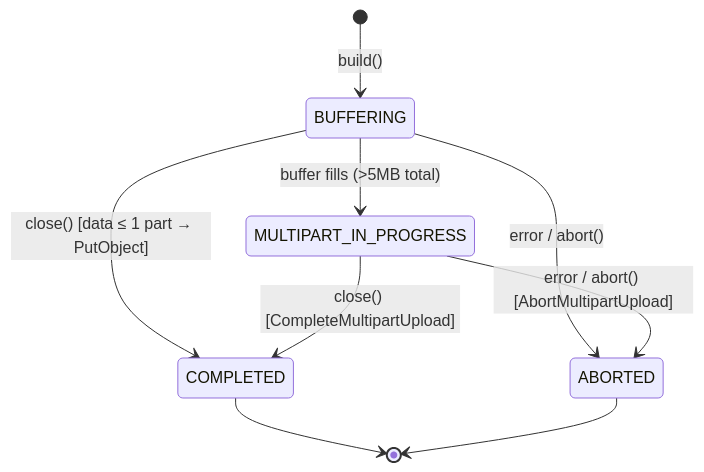
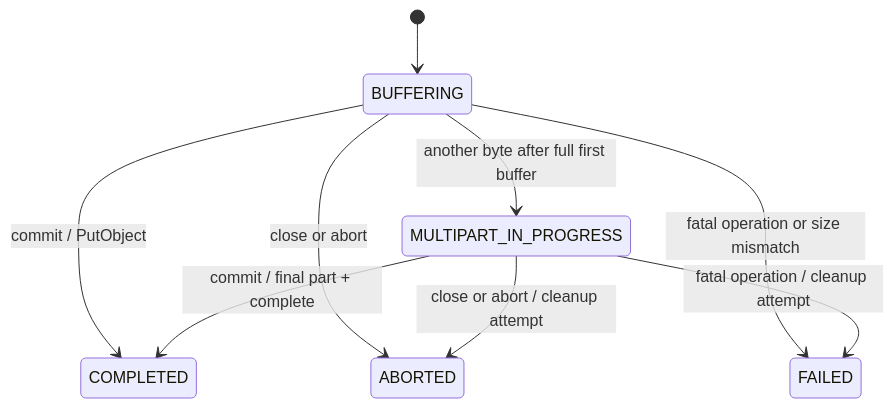
Before and after one commit to Arin016/s3-outputstream: the diagram in README.md, drawn with Mermaid. The commit also changed other lines of this file and 27 other files, not shown here.

````diff
--- a/README.md
+++ b/README.md
@@ -199,15 +112,11 @@
 ```mermaid
 stateDiagram-v2
-    [*] --> BUFFERING : build()
-
-    BUFFERING --> MULTIPART_IN_PROGRESS : buffer fills (>5MB total)
-    BUFFERING --> COMPLETED : close() [data ≤ 1 part → PutObject]
-
-    MULTIPART_IN_PROGRESS --> COMPLETED : close() [CompleteMultipartUpload]
-
-    BUFFERING --> ABORTED : error / abort()
-    MULTIPART_IN_PROGRESS --> ABORTED : error / abort() [AbortMultipartUpload]
-
-    COMPLETED --> [*]
-    ABORTED --> [*]
+    [*] --> BUFFERING
+    BUFFERING --> MULTIPART_IN_PROGRESS: another byte after full first buffer
+    BUFFERING --> COMPLETED: commit / PutObject
+    MULTIPART_IN_PROGRESS --> COMPLETED: commit / final part + complete
+    BUFFERING --> ABORTED: close or abort
+    MULTIPART_IN_PROGRESS --> ABORTED: close or abort / cleanup attempt
+    BUFFERING --> FAILED: fatal operation or size mismatch
+    MULTIPART_IN_PROGRESS --> FAILED: fatal operation / cleanup attempt
 ```
````
